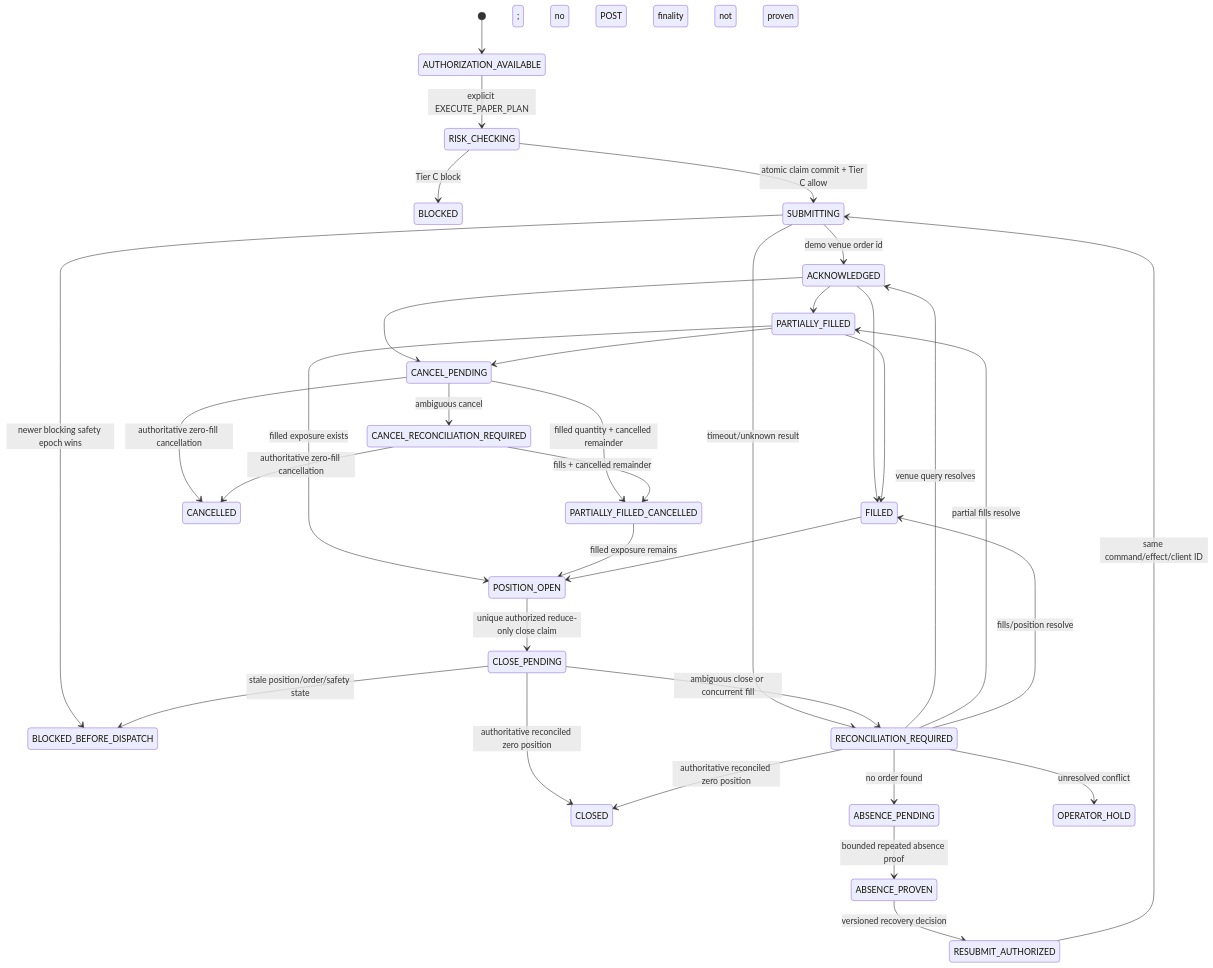
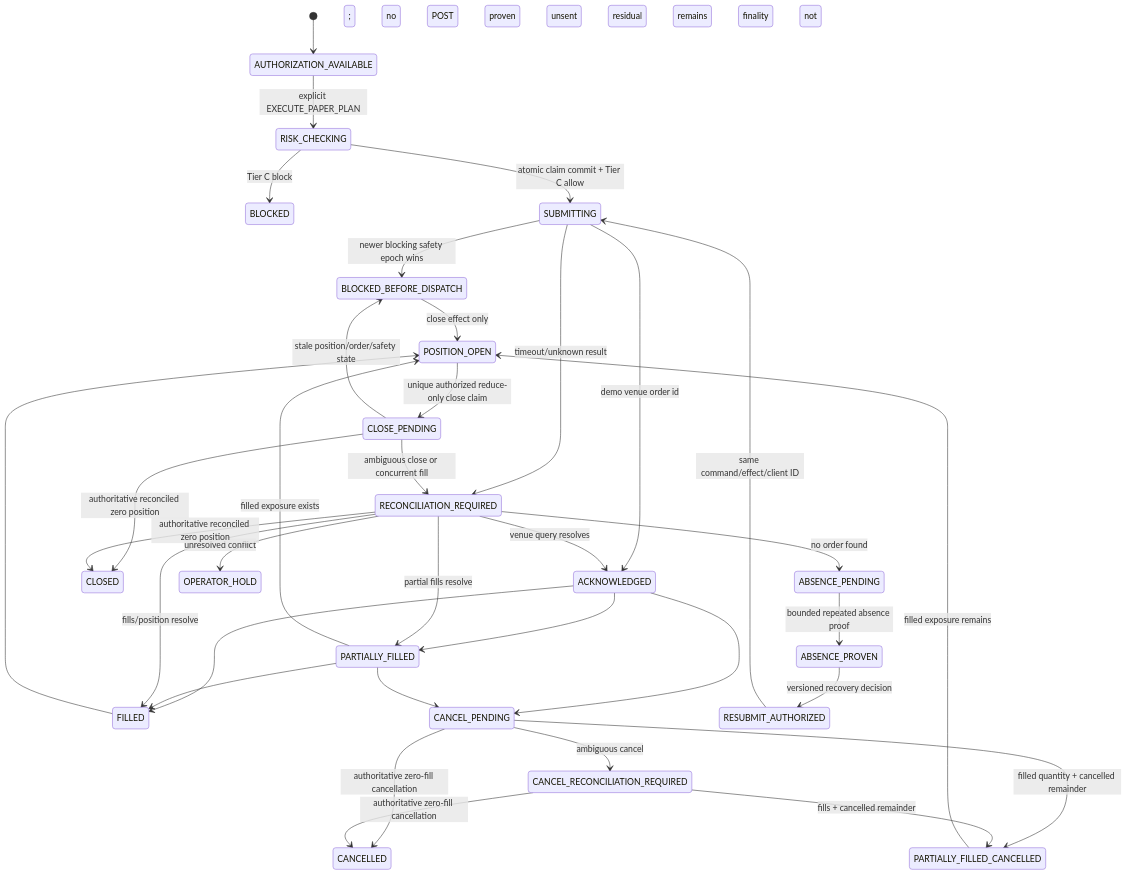
One commit to Fejjii/AlphaTrade-AI changed the fifth of 6 diagrams in docs/redesign/agentic_redesign_target_architecture.md. Above: the diagram before and after it, drawn with Mermaid. The commit also changed other lines of this file, not shown here.

Commit message:
docs: tighten repeated canonical schemas

````diff
--- a/docs/redesign/agentic_redesign_target_architecture.md
+++ b/docs/redesign/agentic_redesign_target_architecture.md
@@ -1047,36 +1049,37 @@
 ```mermaid
 stateDiagram-v2
     [*] --> AUTHORIZATION_AVAILABLE
     AUTHORIZATION_AVAILABLE --> RISK_CHECKING: explicit EXECUTE_PAPER_PLAN
     RISK_CHECKING --> BLOCKED: Tier C block
     RISK_CHECKING --> SUBMITTING: atomic claim commit + Tier C allow
     SUBMITTING --> BLOCKED_BEFORE_DISPATCH: newer blocking safety epoch wins
     SUBMITTING --> ACKNOWLEDGED: demo venue order id
     SUBMITTING --> RECONCILIATION_REQUIRED: timeout/unknown result
     ACKNOWLEDGED --> PARTIALLY_FILLED
     ACKNOWLEDGED --> FILLED
     PARTIALLY_FILLED --> FILLED
     ACKNOWLEDGED --> CANCEL_PENDING
     PARTIALLY_FILLED --> CANCEL_PENDING
     CANCEL_PENDING --> CANCEL_RECONCILIATION_REQUIRED: ambiguous cancel
     CANCEL_PENDING --> CANCELLED: authoritative zero-fill cancellation
     CANCEL_PENDING --> PARTIALLY_FILLED_CANCELLED: filled quantity + cancelled remainder
     CANCEL_RECONCILIATION_REQUIRED --> CANCELLED: authoritative zero-fill cancellation
     CANCEL_RECONCILIATION_REQUIRED --> PARTIALLY_FILLED_CANCELLED: fills + cancelled remainder
     PARTIALLY_FILLED --> POSITION_OPEN: filled exposure exists
     PARTIALLY_FILLED_CANCELLED --> POSITION_OPEN: filled exposure remains
     FILLED --> POSITION_OPEN
     POSITION_OPEN --> CLOSE_PENDING: unique authorized reduce-only close claim
     CLOSE_PENDING --> BLOCKED_BEFORE_DISPATCH: stale position/order/safety state; no POST
+    BLOCKED_BEFORE_DISPATCH --> POSITION_OPEN: close effect only; proven unsent residual remains
     CLOSE_PENDING --> RECONCILIATION_REQUIRED: ambiguous close or concurrent fill
     CLOSE_PENDING --> CLOSED: authoritative reconciled zero position
     RECONCILIATION_REQUIRED --> ACKNOWLEDGED: venue query resolves
     RECONCILIATION_REQUIRED --> PARTIALLY_FILLED: partial fills resolve
     RECONCILIATION_REQUIRED --> FILLED: fills/position resolve
     RECONCILIATION_REQUIRED --> ABSENCE_PENDING: no order found; finality not proven
     ABSENCE_PENDING --> ABSENCE_PROVEN: bounded repeated absence proof
     ABSENCE_PROVEN --> RESUBMIT_AUTHORIZED: versioned recovery decision
     RESUBMIT_AUTHORIZED --> SUBMITTING: same command/effect/client ID
     RECONCILIATION_REQUIRED --> OPERATOR_HOLD: unresolved conflict
     RECONCILIATION_REQUIRED --> CLOSED: authoritative reconciled zero position
 ```
````
